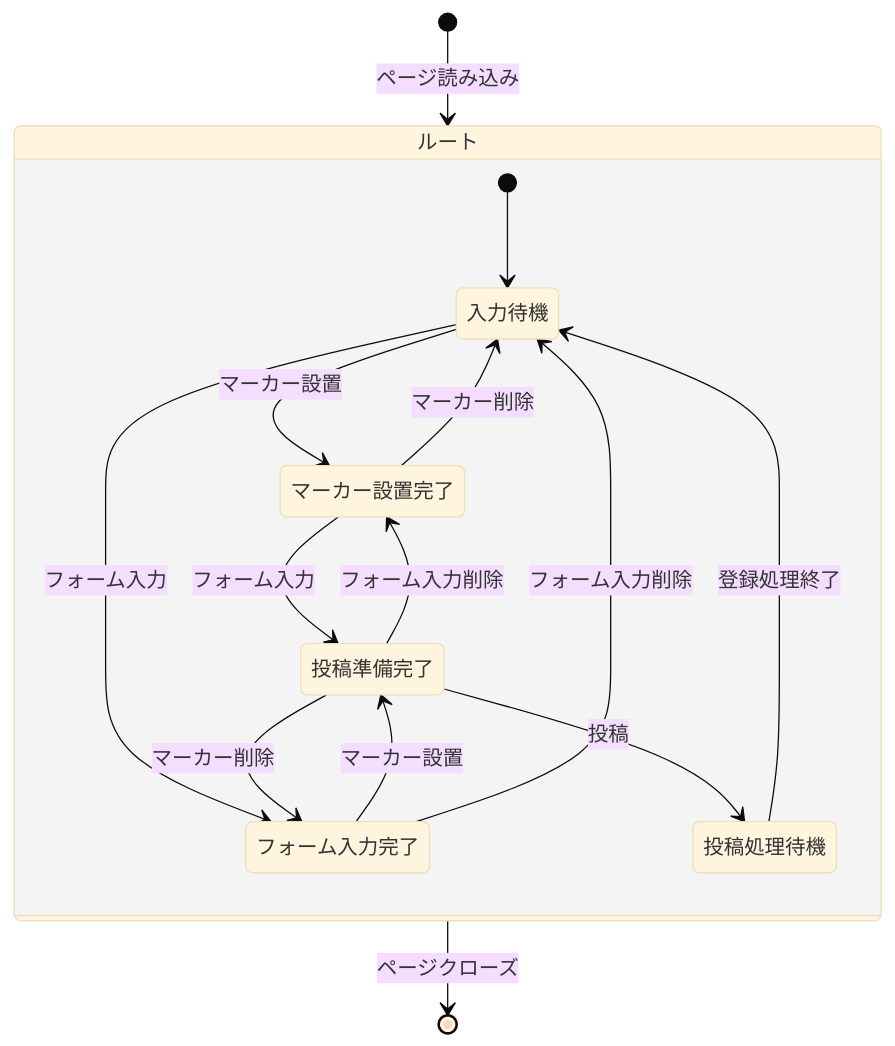
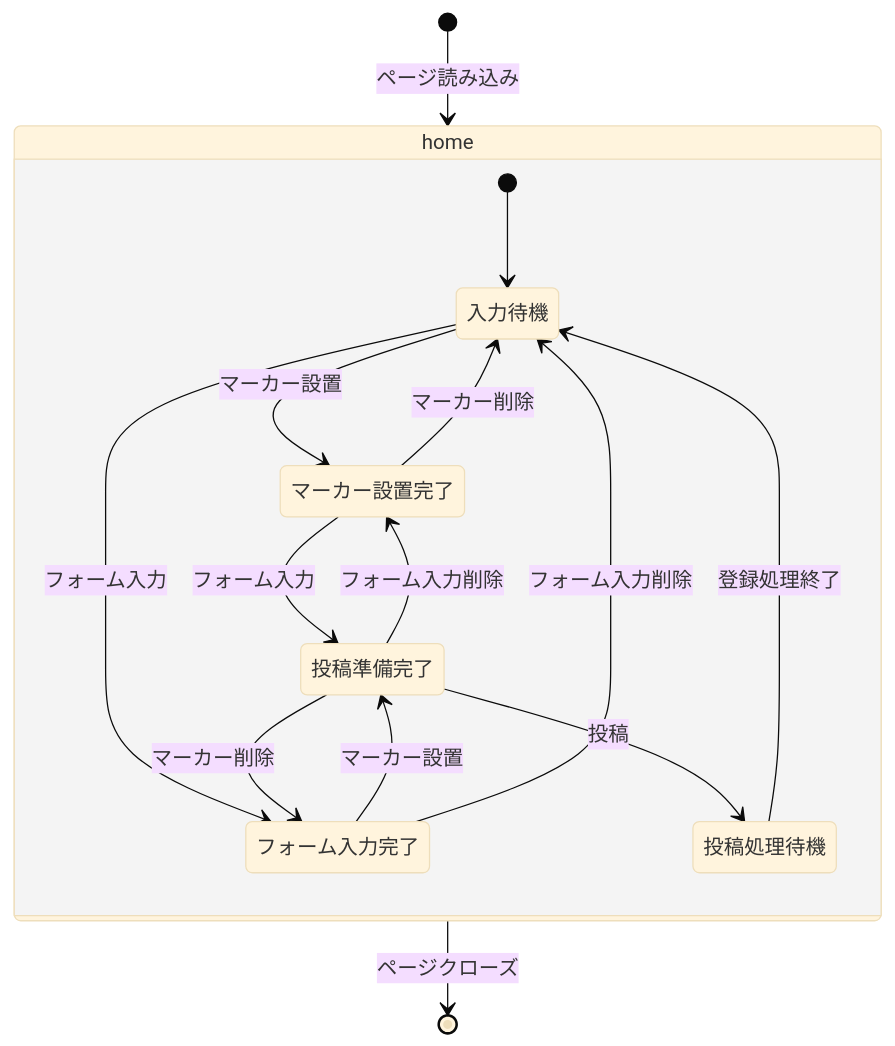
One commit to shota-mizuno-epkotsoftware/wander changed the diagram in material/state.md. Above: the diagram before and after it, drawn with Mermaid (base theme). The commit also changed 1 other file, not shown here.

Commit message:
機能、遷移図微修正

````diff
--- a/material/state.md
+++ b/material/state.md
@@ -3,20 +3,20 @@
 ```mermaid
 stateDiagram-v2
-    [*] --> ルート:ページ読み込み
+    [*] --> home:ページ読み込み
 
-    state ルート {
+    state home {
         [*] --> 入力待機
         入力待機 --> マーカー設置完了:マーカー設置
         入力待機 --> フォーム入力完了:フォーム入力
         マーカー設置完了 --> 投稿準備完了:フォーム入力
         マーカー設置完了 --> 入力待機:マーカー削除
         フォーム入力完了 --> 投稿準備完了:マーカー設置
         フォーム入力完了 --> 入力待機:フォーム入力削除
         投稿準備完了 --> フォーム入力完了:マーカー削除
         投稿準備完了 --> マーカー設置完了:フォーム入力削除
         投稿準備完了 --> 投稿処理待機:投稿
         投稿処理待機 --> 入力待機:登録処理終了
     }
 
-    ルート --> [*]: ページクローズ
+    home --> [*]: ページクローズ
 ```
````
